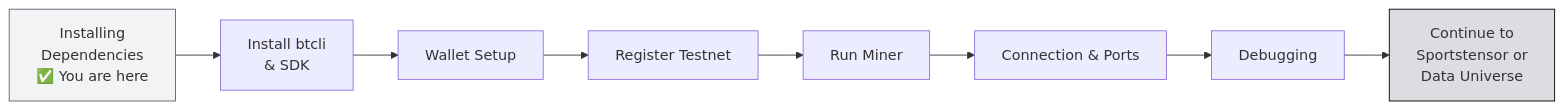
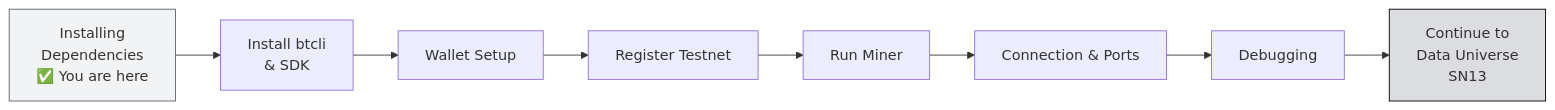
One commit to abhirupinspace/India-Bittensor-colearning changed the diagram in docs/TH4-Wallets-and-Miner-Setup/01-installing-dependencies.md. Above: the diagram before and after it, drawn with Mermaid. The commit also changed other lines of this file and 50 other files, not shown here.

````diff
--- a/docs/TH4-Wallets-and-Miner-Setup/01-installing-dependencies.md
+++ b/docs/TH4-Wallets-and-Miner-Setup/01-installing-dependencies.md
@@ -227,13 +227,13 @@
 ```mermaid
 flowchart LR
     U1[Installing<br/>Dependencies<br/>✅ You are here] --> U2[Install btcli<br/>& SDK]
     U2 --> U3[Wallet Setup]
     U3 --> U4[Register Testnet]
     U4 --> U5[Run Miner]
     U5 --> U6[Connection & Ports]
     U6 --> U7[Debugging]
-    U7 --> NEXT[Continue to<br/>Sportstensor or<br/>Data Universe]
+    U7 --> NEXT[Continue to<br/>Data Universe<br/>SN13]
 
     style U1 fill:#F1F3F4,stroke:#5F6368
     style NEXT fill:#DBDDE1,stroke:#000000
 ```
````
